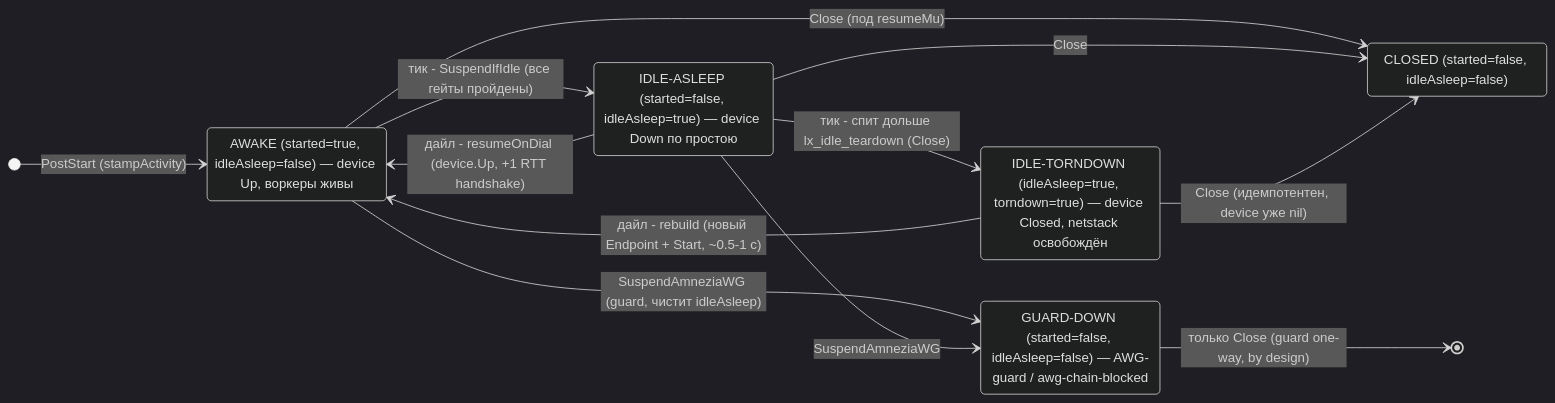
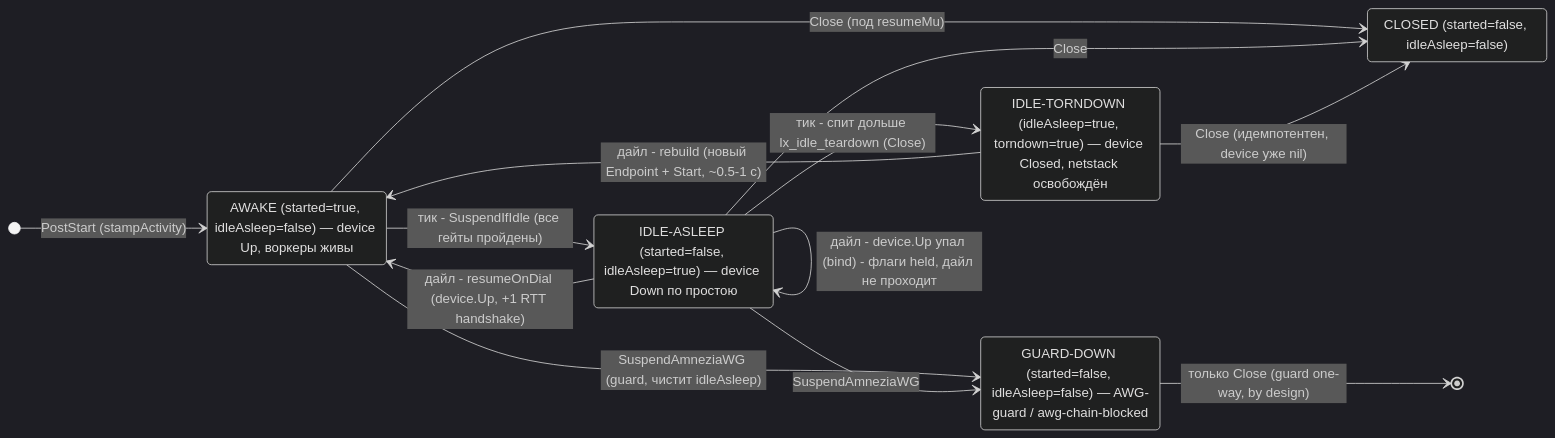
Before and after one commit to Leadaxe/sing-box-lx: the first of 2 diagrams in SPECS/TASKS/020-MULTI_WG_IDLE_BUFFER_HEAT/SPEC.md, drawn with Mermaid (dark theme). The commit also changed other lines of this file and 6 other files, not shown here.

````diff
--- a/SPECS/TASKS/020-MULTI_WG_IDLE_BUFFER_HEAT/SPEC.md
+++ b/SPECS/TASKS/020-MULTI_WG_IDLE_BUFFER_HEAT/SPEC.md
@@ -131,21 +135,22 @@
 ```mermaid
 stateDiagram-v2
     direction LR
     AWAKE: AWAKE (started=true, idleAsleep=false) — device Up, воркеры живы
     IDLE_ASLEEP: IDLE-ASLEEP (started=false, idleAsleep=true) — device Down по простою
     IDLE_TORNDOWN: IDLE-TORNDOWN (idleAsleep=true, torndown=true) — device Closed, netstack освобождён
     GUARD_DOWN: GUARD-DOWN (started=false, idleAsleep=false) — AWG-guard / awg-chain-blocked
     CLOSED: CLOSED (started=false, idleAsleep=false)
 
     [*] --> AWAKE: PostStart (stampActivity)
     AWAKE --> IDLE_ASLEEP: тик - SuspendIfIdle (все гейты пройдены)
     IDLE_ASLEEP --> IDLE_TORNDOWN: тик - спит дольше lx_idle_teardown (Close)
     IDLE_ASLEEP --> AWAKE: дайл - resumeOnDial (device.Up, +1 RTT handshake)
+    IDLE_ASLEEP --> IDLE_ASLEEP: дайл - device.Up упал (bind) - флаги held, дайл не проходит
     IDLE_TORNDOWN --> AWAKE: дайл - rebuild (новый Endpoint + Start, ~0.5-1 с)
     AWAKE --> GUARD_DOWN: SuspendAmneziaWG (guard, чистит idleAsleep)
     IDLE_ASLEEP --> GUARD_DOWN: SuspendAmneziaWG
     GUARD_DOWN --> [*]: только Close (guard one-way, by design)
     AWAKE --> CLOSED: Close (под resumeMu)
     IDLE_ASLEEP --> CLOSED: Close
     IDLE_TORNDOWN --> CLOSED: Close (идемпотентен, device уже nil)
 ```
````
